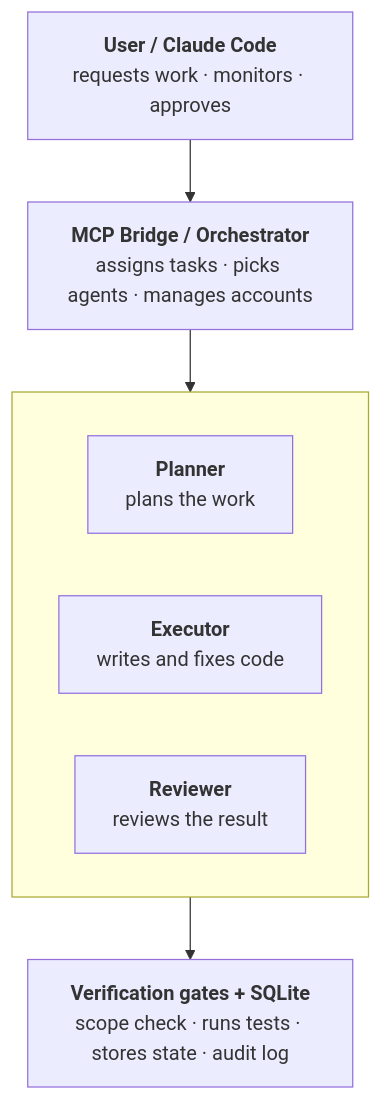
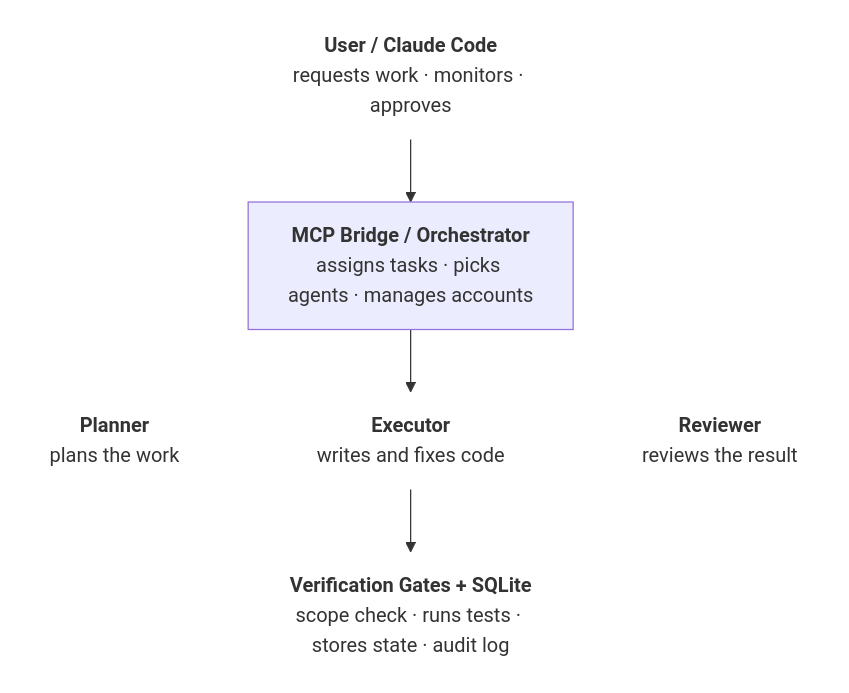
One commit to leetuanbmt/agent-orchestration-kit changed the first of 2 diagrams in README.md. Above: the diagram before and after it, drawn with Mermaid. The commit also changed 1 other file, not shown here.

Commit message:
lay out the architecture roles on one row
Mermaid ignores a subgraph's direction once edges leave it, so the roles stacked vertically. Invisible links put them on one rank with the executor in the middle, and only the bridge keeps a border. README.vi also gets Vietnamese messages in the lifecycle diagram.

````diff
--- a/README.md
+++ b/README.md
@@ -79,14 +79,20 @@
 ```mermaid
 flowchart TB
     user["<b>User / Claude Code</b><br/>requests work · monitors · approves"]
     bridge["<b>MCP Bridge / Orchestrator</b><br/>assigns tasks · picks agents · manages accounts"]
-    subgraph roles [" "]
-        direction LR
-        planner["<b>Planner</b><br/>plans the work"]
-        executor["<b>Executor</b><br/>writes and fixes code"]
-        reviewer["<b>Reviewer</b><br/>reviews the result"]
-    end
-    gates["<b>Verification gates + SQLite</b><br/>scope check · runs tests · stores state · audit log"]
+    planner["<b>Planner</b><br/>plans the work"]
+    executor["<b>Executor</b><br/>writes and fixes code"]
+    reviewer["<b>Reviewer</b><br/>reviews the result"]
+    gates["<b>Verification Gates + SQLite</b><br/>scope check · runs tests · stores state · audit log"]
 
-    user --> bridge --> roles --> gates
+    user --> bridge
+    bridge ~~~ planner
+    bridge --> executor
+    bridge ~~~ reviewer
+    planner ~~~ gates
+    executor --> gates
+    reviewer ~~~ gates
+
+    classDef plain fill:none,stroke:none
+    class user,planner,executor,reviewer,gates plain
 ```
````
